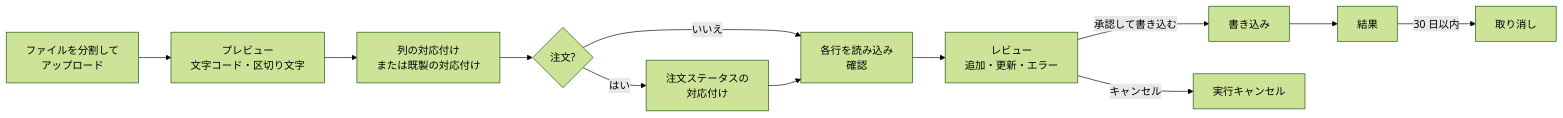
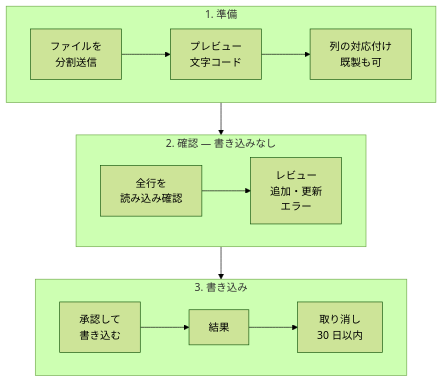
The diagram in readme_ja.md (gp247-plugin/DataImport), drawn with Mermaid (forest theme) before and after one commit. The commit also changed other lines of this file and 2 other files, not shown here.

````diff
--- a/readme_ja.md
+++ b/readme_ja.md
@@ -27,14 +14,16 @@
 ```mermaid
-flowchart LR
-    A[ファイルを分割して<br/>アップロード] --> B[プレビュー<br/>文字コード・区切り文字]
-    B --> C[列の対応付け<br/>または既製の対応付け]
-    C --> D{注文?}
-    D -- はい --> E[注文ステータスの<br/>対応付け]
-    D -- いいえ --> F[各行を読み込み<br/>確認]
-    E --> F
-    F --> G[レビュー<br/>追加・更新・エラー]
-    G -- 承認して書き込む --> H[書き込み]
-    G -- キャンセル --> X[実行キャンセル]
-    H --> I[結果]
-    I -- 30 日以内 --> U[取り消し]
+flowchart TB
+    subgraph S1["1. 準備"]
+        direction LR
+        A["ファイルを<br/>分割送信"] --> B["プレビュー<br/>文字コード"] --> C["列の対応付け<br/>既製も可"]
+    end
+    subgraph S2["2. 確認 — 書き込みなし"]
+        direction LR
+        D["全行を<br/>読み込み確認"] --> E["レビュー<br/>追加・更新<br/>エラー"]
+    end
+    subgraph S3["3. 書き込み"]
+        direction LR
+        F["承認して<br/>書き込む"] --> G["結果"] --> H["取り消し<br/>30 日以内"]
+    end
+    S1 --> S2 --> S3
 ```
````
